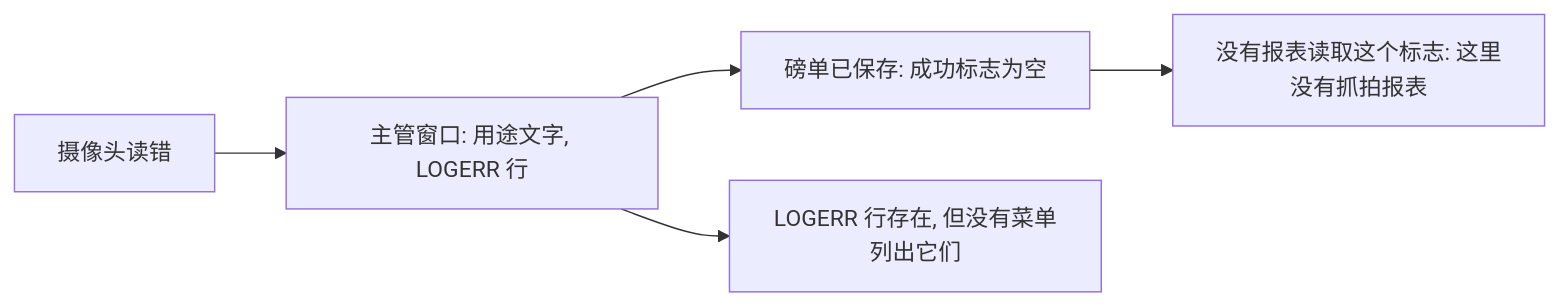
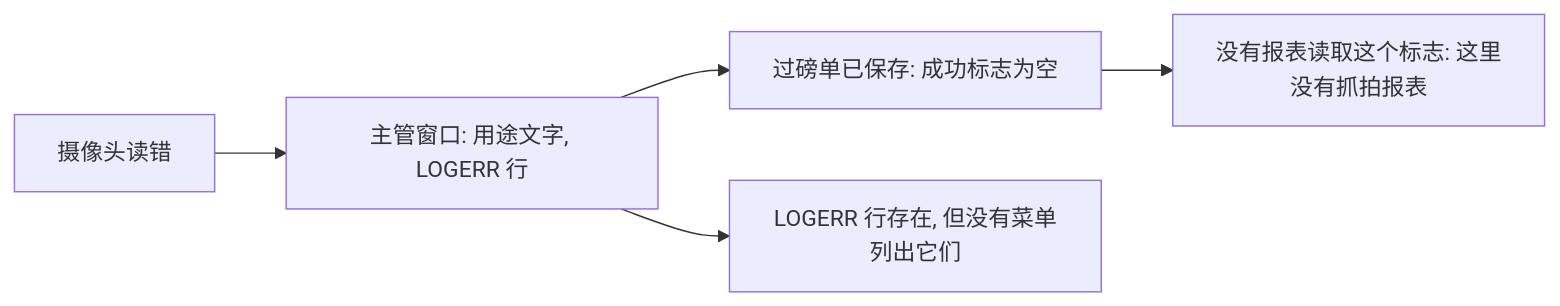
Before and after one commit to Domain-Application/Application_All_Cosmos: the tenth of 10 diagrams in docs/MODULE_REFERENCE.zh-CN.md, drawn with Mermaid. The commit also changed other lines of this file and 1 other file, not shown here.

````diff
--- a/docs/MODULE_REFERENCE.zh-CN.md
+++ b/docs/MODULE_REFERENCE.zh-CN.md
@@ -1229,7 +1229,7 @@
 ```mermaid
 flowchart LR
   A["摄像头读错"] --> B["主管窗口: 用途文字, LOGERR 行"]
-  B --> C["磅单已保存: 成功标志为空"]
+  B --> C["过磅单已保存: 成功标志为空"]
   C --> D["没有报表读取这个标志: 这里没有抓拍报表"]
   B --> E["LOGERR 行存在, 但没有菜单列出它们"]
 ```
````
